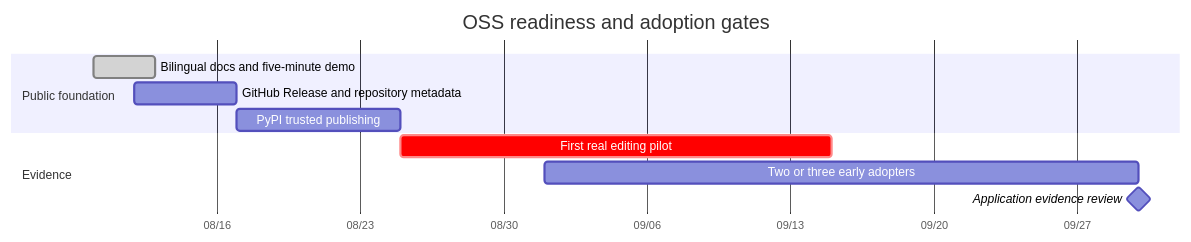
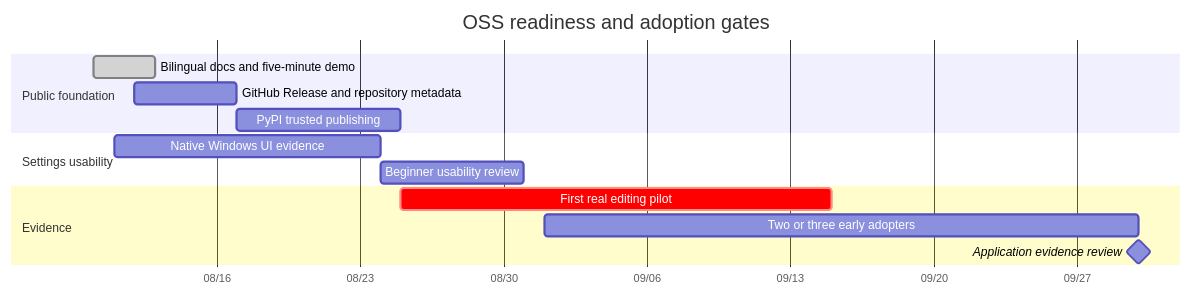
One commit to baisound/bai_video_production changed the diagram in docs/oss/PUBLIC-READINESS-SCHEDULE.md. Above: the diagram before and after it, drawn with Mermaid. The commit also changed other lines of this file and 22 other files, not shown here.

````diff
--- a/docs/oss/PUBLIC-READINESS-SCHEDULE.md
+++ b/docs/oss/PUBLIC-READINESS-SCHEDULE.md
@@ -5,14 +5,17 @@
 ```mermaid
 gantt
     title OSS readiness and adoption gates
     dateFormat YYYY-MM-DD
     axisFormat %m/%d
     section Public foundation
     Bilingual docs and five-minute demo :done, a1, 2026-08-10, 3d
     GitHub Release and repository metadata :a2, 2026-08-12, 5d
     PyPI trusted publishing :a3, 2026-08-17, 8d
+    section Settings usability
+    Native Windows UI evidence :u1, 2026-08-11, 2026-08-24
+    Beginner usability review :u2, 2026-08-24, 2026-08-31
     section Evidence
     First real editing pilot :crit, e1, 2026-08-25, 2026-09-15
     Two or three early adopters :e2, 2026-09-01, 2026-09-30
     Application evidence review :milestone, e3, 2026-09-30, 0d
 ```
````
